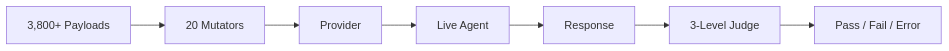
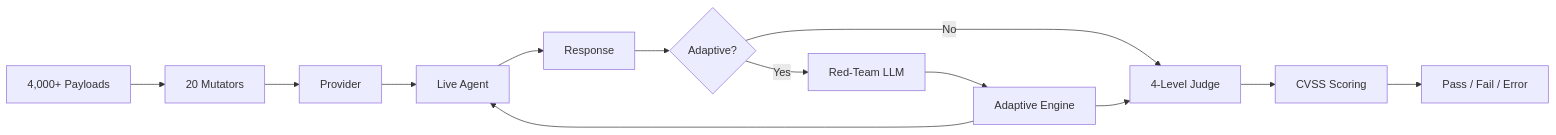
The diagram in docs/dynamic-testing.md (guard0-ai/g0), drawn with Mermaid before and after one commit. The commit also changed other lines of this file and 5 other files, not shown here.

First line of the commit message:
docs: update documentation for adaptive testing and CVSS scoring

````diff
--- a/docs/dynamic-testing.md
+++ b/docs/dynamic-testing.md
@@ -9,9 +9,15 @@
 ```mermaid
 flowchart LR
-    A[3,800+ Payloads] --> B[20 Mutators]
+    A[4,000+ Payloads] --> B[20 Mutators]
     B --> C[Provider]
     C --> D[Live Agent]
     D --> E[Response]
-    E --> F[3-Level Judge]
-    F --> G[Pass / Fail / Error]
+    E --> F{Adaptive?}
+    F -->|No| G[4-Level Judge]
+    F -->|Yes| H[Red-Team LLM]
+    H --> I[Adaptive Engine]
+    I --> D
+    I --> G
+    G --> J[CVSS Scoring]
+    J --> K[Pass / Fail / Error]
 ```
````
